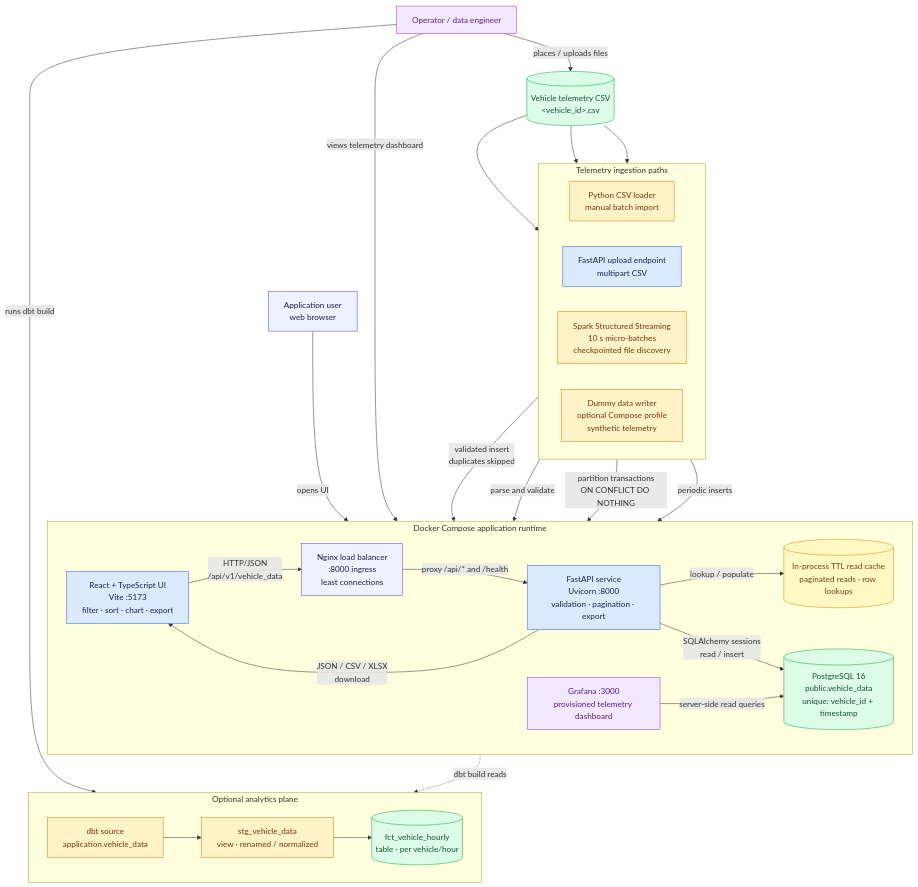
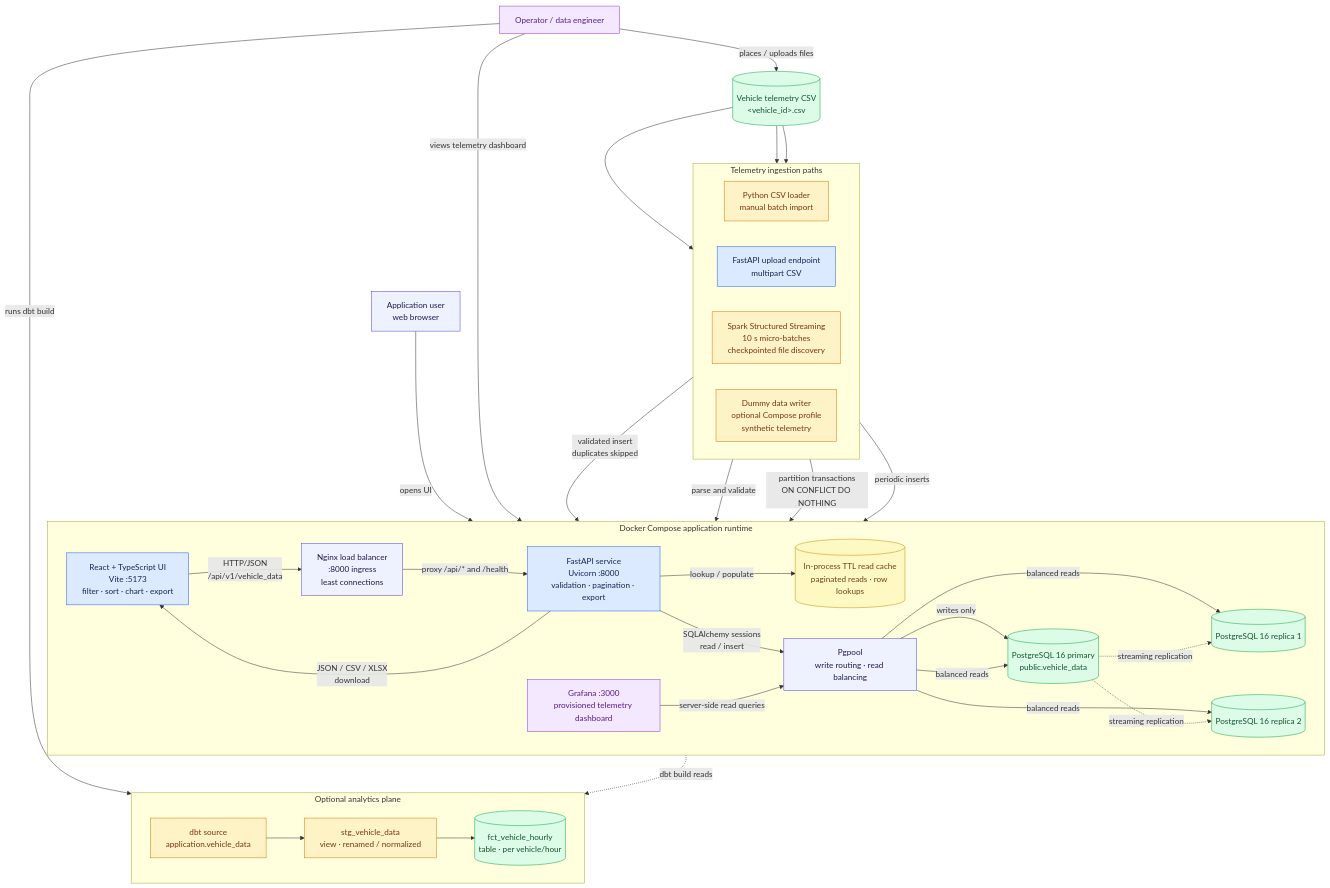
Before and after one commit to MDSYN2019/volteras_test: the diagram in docs/system-architecture.md, drawn with Mermaid. The commit also changed other lines of this file and 4 other files, not shown here.

Commit message:
Add replicated PostgreSQL cluster with Pgpool

````diff
--- a/docs/system-architecture.md
+++ b/docs/system-architecture.md
@@ -10,59 +10,68 @@
 ```mermaid
 flowchart TB
     classDef client fill:#eef2ff,stroke:#4f46e5,color:#1e1b4b;
     classDef app fill:#dbeafe,stroke:#2563eb,color:#172554;
     classDef cache fill:#fef9c3,stroke:#ca8a04,color:#713f12;
     classDef store fill:#dcfce7,stroke:#16a34a,color:#14532d;
     classDef optional fill:#fef3c7,stroke:#d97706,color:#78350f;
     classDef ops fill:#f3e8ff,stroke:#9333ea,color:#581c87;
 
     operator[Operator / data engineer]:::ops
     user[Application user<br/>web browser]:::client
     csv[(Vehicle telemetry CSV<br/>&lt;vehicle_id&gt;.csv)]:::store
 
     subgraph runtime[Docker Compose application runtime]
         direction LR
         frontend[React + TypeScript UI<br/>Vite :5173<br/>filter · sort · chart · export]:::app
         lb[Nginx load balancer<br/>:8000 ingress<br/>least connections]:::client
         api[FastAPI service<br/>Uvicorn :8000<br/>validation · pagination · export]:::app
         cache[(In-process TTL read cache<br/>paginated reads · row lookups)]:::cache
-        postgres[(PostgreSQL 16<br/>public.vehicle_data<br/>unique: vehicle_id + timestamp)]:::store
+        pgpool[Pgpool<br/>write routing · read balancing]:::client
+        primary[(PostgreSQL 16 primary<br/>public.vehicle_data)]:::store
+        replica1[(PostgreSQL 16 replica 1)]:::store
+        replica2[(PostgreSQL 16 replica 2)]:::store
         grafana[Grafana :3000<br/>provisioned telemetry dashboard]:::ops
 
         frontend -->|HTTP/JSON<br/>/api/v1/vehicle_data| lb
         lb -->|proxy /api/* and /health| api
         api -->|lookup / populate| cache
-        api -->|SQLAlchemy sessions<br/>read / insert| postgres
+        api -->|SQLAlchemy sessions<br/>read / insert| pgpool
+        pgpool -->|writes only| primary
+        pgpool -->|balanced reads| primary
+        pgpool -->|balanced reads| replica1
+        pgpool -->|balanced reads| replica2
+        primary -.->|streaming replication| replica1
+        primary -.->|streaming replication| replica2
         api -->|JSON / CSV / XLSX<br/>download| frontend
-        grafana -->|server-side read queries| postgres
+        grafana -->|server-side read queries| pgpool
     end
 
     subgraph ingestion[Telemetry ingestion paths]
         direction LR
         cli[Python CSV loader<br/>manual batch import]:::optional
         upload[FastAPI upload endpoint<br/>multipart CSV]:::app
         spark[Spark Structured Streaming<br/>10 s micro-batches<br/>checkpointed file discovery]:::optional
         dummy[Dummy data writer<br/>optional Compose profile<br/>synthetic telemetry]:::optional
     end
 
     subgraph analytics[Optional analytics plane]
         direction LR
         source[dbt source<br/>application.vehicle_data]:::optional
         staging[stg_vehicle_data<br/>view · renamed / normalized]:::optional
         mart[(fct_vehicle_hourly<br/>table · per vehicle/hour)]:::store
         source --> staging --> mart
     end
 
     user -->|opens UI| frontend
     operator -->|views telemetry dashboard| grafana
     operator -->|places / uploads files| csv
     csv --> cli
     csv --> upload
     csv --> spark
-    cli -->|validated insert<br/>duplicates skipped| postgres
+    cli -->|validated insert<br/>duplicates skipped| pgpool
     upload -->|parse and validate| api
-    spark -->|partition transactions<br/>ON CONFLICT DO NOTHING| postgres
-    dummy -->|periodic inserts| postgres
-    postgres -.->|dbt build reads| source
+    spark -->|partition transactions<br/>ON CONFLICT DO NOTHING| pgpool
+    dummy -->|periodic inserts| pgpool
+    pgpool -.->|dbt build reads| source
     operator -->|runs dbt build| source
 ```
````
